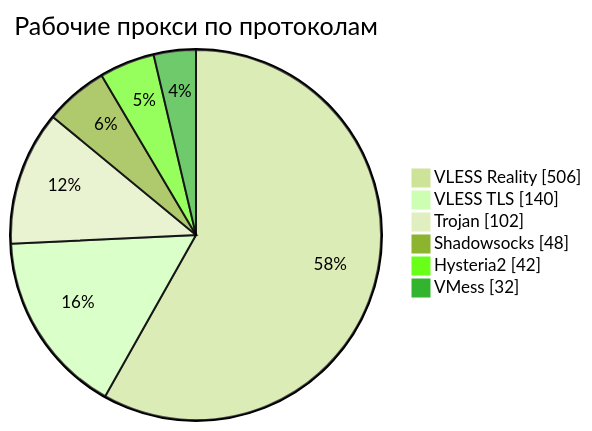
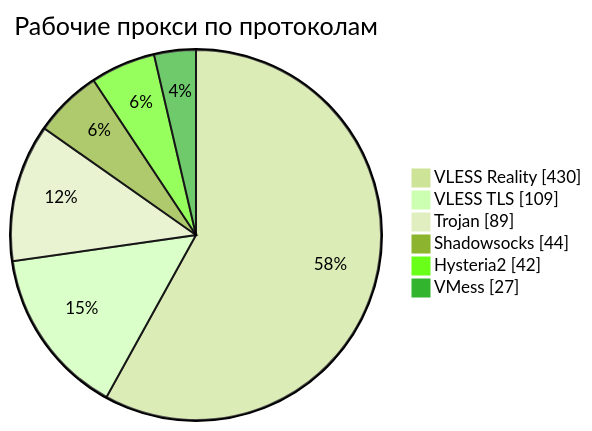
Before and after one commit to rvvg/proxy-subs: the third of 4 diagrams in README.md, drawn with Mermaid (forest theme). The commit also changed other lines of this file and 50 other files, not shown here.

````diff
--- a/README.md
+++ b/README.md
@@ -140,10 +136,10 @@
 ```mermaid
 pie showData
     title Рабочие прокси по протоколам
-    "VLESS Reality" : 506
-    "VLESS TLS" : 140
-    "Trojan" : 102
-    "Shadowsocks" : 48
+    "VLESS Reality" : 430
+    "VLESS TLS" : 109
+    "Trojan" : 89
+    "Shadowsocks" : 44
     "Hysteria2" : 42
-    "VMess" : 32
+    "VMess" : 27
 ```
````
